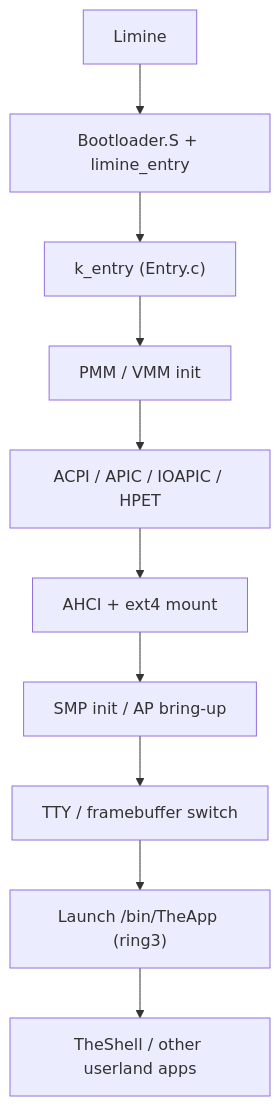
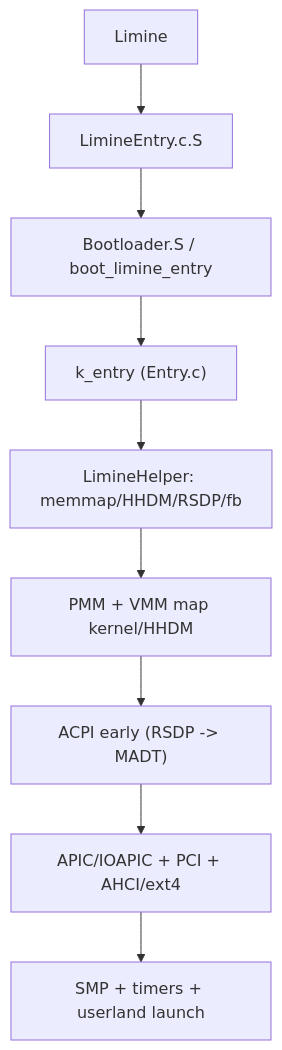
Before and after one commit to CodeMajorGeek/TheOS-Reborn: the diagram in README.md, drawn with Mermaid. The commit also changed other lines of this file and 33 other files, not shown here.

Commit message:
Implementing limine bootloader (limine data parsing and reordering boot sequence.

````diff
--- a/README.md
+++ b/README.md
@@ -126,12 +136,11 @@
 ```mermaid
 flowchart TD
-    A["Limine"] --> B["Bootloader.S + limine_entry"]
-    B --> C["k_entry (Entry.c)"]
-    C --> D["PMM / VMM init"]
-    D --> E["ACPI / APIC / IOAPIC / HPET"]
-    E --> F["AHCI + ext4 mount"]
-    F --> G["SMP init / AP bring-up"]
-    G --> H["TTY / framebuffer switch"]
-    H --> I["Launch /bin/TheApp (ring3)"]
-    I --> J["TheShell / other userland apps"]
+    A["Limine"] --> B["LimineEntry.c.S"]
+    B --> C["Bootloader.S / boot_limine_entry"]
+    C --> D["k_entry (Entry.c)"]
+    D --> E["LimineHelper: memmap/HHDM/RSDP/fb"]
+    E --> F["PMM + VMM map kernel/HHDM"]
+    F --> G["ACPI early (RSDP -> MADT)"]
+    G --> H["APIC/IOAPIC + PCI + AHCI/ext4"]
+    H --> I["SMP + timers + userland launch"]
 ```
````
